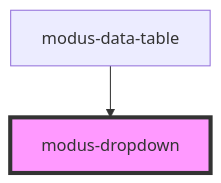
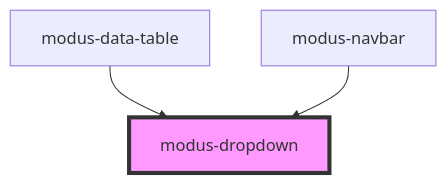
One commit to trimble-oss/modus-web-components changed the diagram in stencil-workspace/src/components/modus-dropdown/readme.md. Above: the diagram before and after it, drawn with Mermaid. The commit also changed other lines of this file and 25 other files, not shown here.

````diff
--- a/stencil-workspace/src/components/modus-dropdown/readme.md
+++ b/stencil-workspace/src/components/modus-dropdown/readme.md
@@ -34,5 +35,6 @@
 ```mermaid
 graph TD;
   modus-data-table --> modus-dropdown
+  modus-navbar --> modus-dropdown
   style modus-dropdown fill:#f9f,stroke:#333,stroke-width:4px
 ```
````
